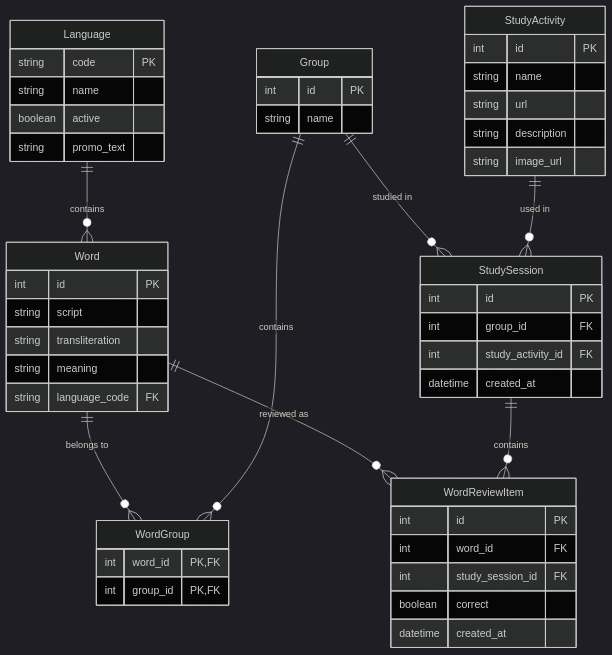
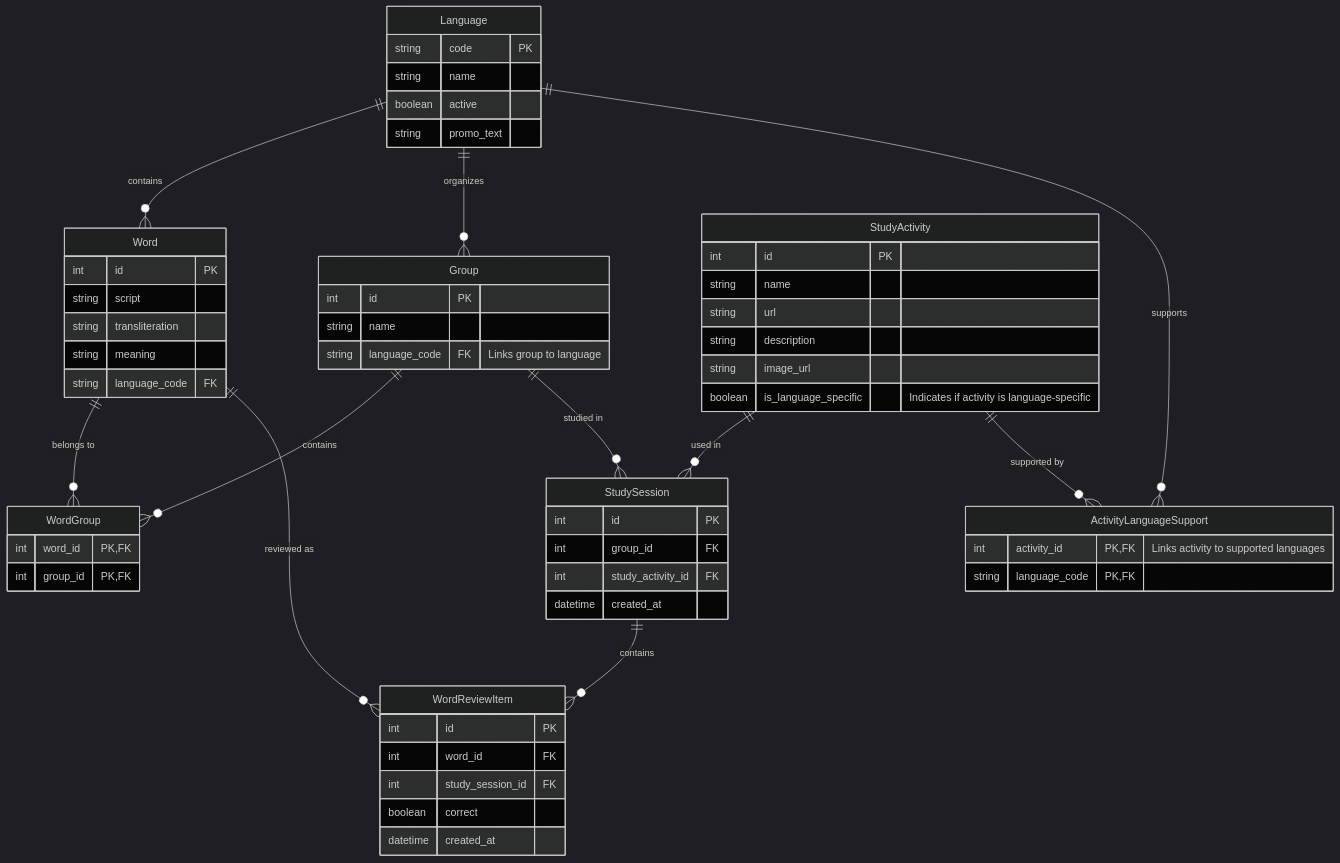
One commit to IbnouT/free-genai-bootcamp-2025 changed the diagram in lang-portal/tech-specs/backend-technical-specs.md. Above: the diagram before and after it, drawn with Mermaid (dark theme). The commit also changed other lines of this file and 1 other file, not shown here.

First line of the commit message:
docs(specs): Enhance backend technical specifications with comprehensive language context and application flow

````diff
--- a/lang-portal/tech-specs/backend-technical-specs.md
+++ b/lang-portal/tech-specs/backend-technical-specs.md
@@ -34,51 +65,70 @@
 ```mermaid
 erDiagram
+    %% Language relationships
     Language ||--o{ Word : "contains"
+    Language ||--o{ Group : "organizes"
+    Language ||--o{ ActivityLanguageSupport : "supports"
+    
+    %% Word relationships
+    Word ||--o{ WordGroup : "belongs to"
+    Word ||--o{ WordReviewItem : "reviewed as"
+    
+    %% Group relationships
+    Group ||--o{ WordGroup : "contains"
+    Group ||--o{ StudySession : "studied in"
+    
+    %% Activity relationships
+    StudyActivity ||--o{ StudySession : "used in"
+    StudyActivity ||--o{ ActivityLanguageSupport : "supported by"
+    
+    %% Session relationships
+    StudySession ||--o{ WordReviewItem : "contains"
+
     Language {
         string code PK
         string name
         boolean active
         string promo_text
     }
-    Word ||--o{ WordGroup : "belongs to"
-    Word ||--o{ WordReviewItem : "reviewed as"
     Word {
         int id PK
         string script
         string transliteration
         string meaning
         string language_code FK
     }
-    Group ||--o{ WordGroup : "contains"
-    Group ||--o{ StudySession : "studied in"
     Group {
         int id PK
         string name
+        string language_code FK "Links group to language"
     }
     WordGroup {
         int word_id PK, FK
         int group_id PK, FK
     }
-    StudyActivity ||--o{ StudySession : "used in"
     StudyActivity {
         int id PK
         string name
         string url
         string description
         string image_url
+        boolean is_language_specific "Indicates if activity is language-specific"
     }
-    StudySession ||--o{ WordReviewItem : "contains"
+    ActivityLanguageSupport {
+        int activity_id PK, FK "Links activity to supported languages"
+        string language_code PK, FK
+    }
     StudySession {
         int id PK
         int group_id FK
         int study_activity_id FK
         datetime created_at
     }
     WordReviewItem {
         int id PK
         int word_id FK
         int study_session_id FK
         boolean correct
         datetime created_at
     }
 ```
````
